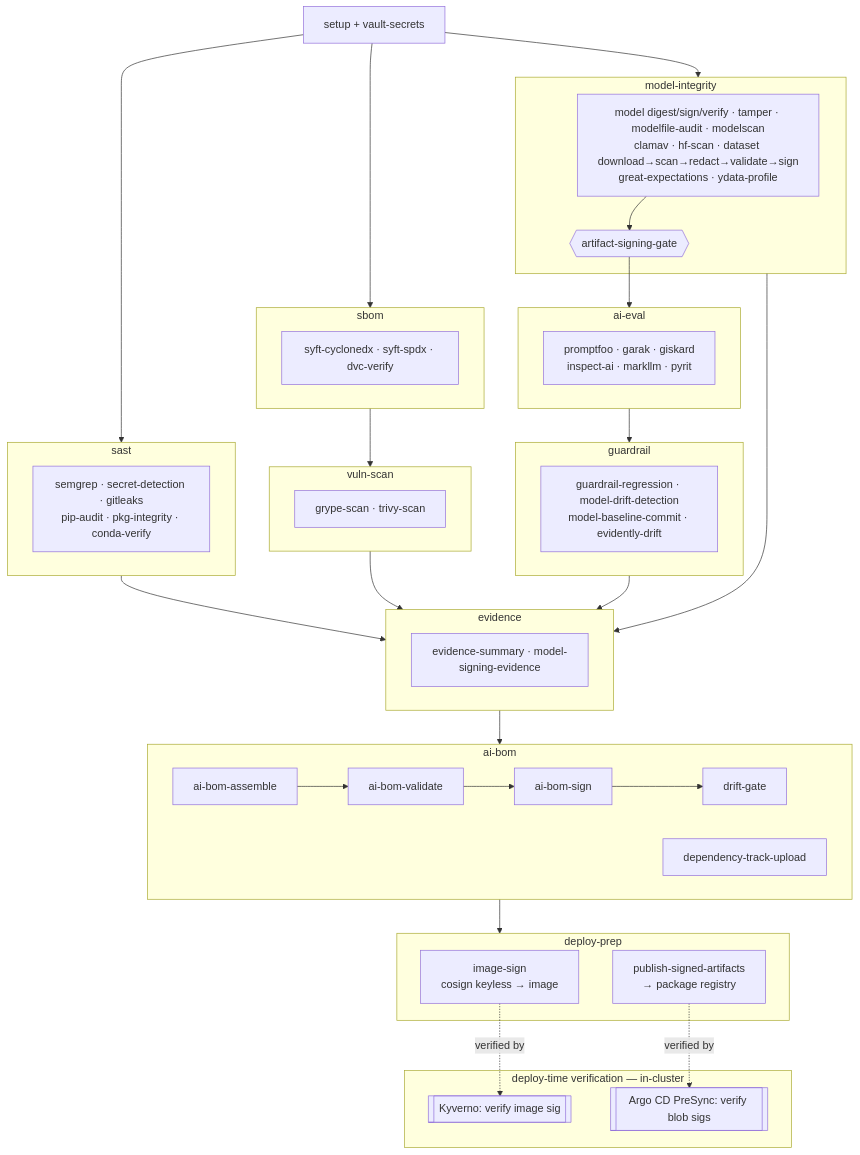
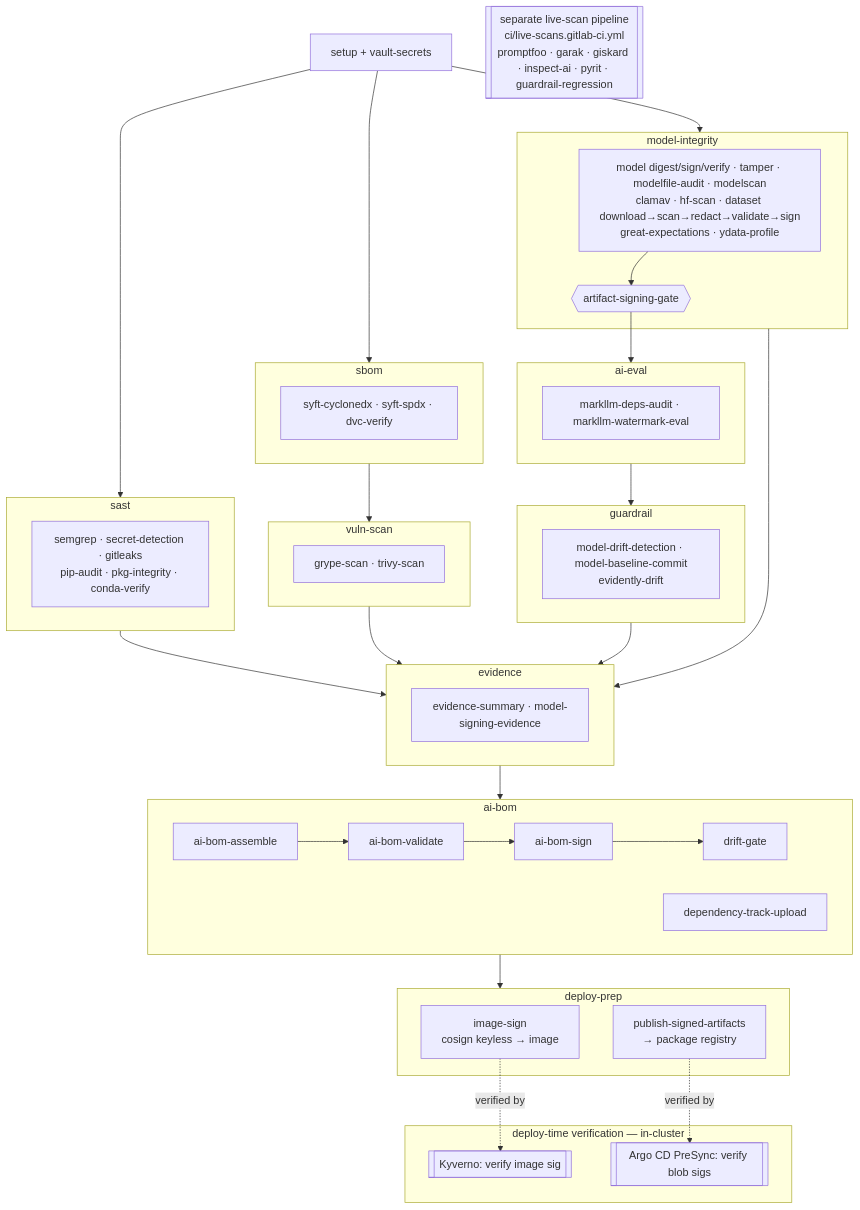
Before and after one commit to Nate-Carroll-Cyber/mlsecdevops-pipeline-example: the diagram in docs/gaips-materials/ci/SBOM.md, drawn with Mermaid. The commit also changed other lines of this file and 9 other files, not shown here.

First line of the commit message:
docs: reflect the live-scan pipeline split across all GAIPS tech docs

````diff
--- a/docs/gaips-materials/ci/SBOM.md
+++ b/docs/gaips-materials/ci/SBOM.md
@@ -18,47 +18,48 @@
 ```mermaid
 flowchart TD
     setup[setup + vault-secrets]
     subgraph SAST [sast]
       s1[semgrep · secret-detection · gitleaks<br/>pip-audit · pkg-integrity · conda-verify]
     end
     subgraph SBOM [sbom]
       s2[syft-cyclonedx · syft-spdx · dvc-verify]
     end
     subgraph VULN [vuln-scan]
       s3[grype-scan · trivy-scan]
     end
     subgraph MI [model-integrity]
       s4[model digest/sign/verify · tamper · modelfile-audit · modelscan<br/>clamav · hf-scan · dataset download→scan→redact→validate→sign<br/>great-expectations · ydata-profile]
       g{{artifact-signing-gate}}
       s4 --> g
     end
     subgraph EVAL [ai-eval]
-      s5[promptfoo · garak · giskard<br/>inspect-ai · markllm · pyrit]
+      s5[markllm-deps-audit · markllm-watermark-eval]
     end
     subgraph GUARD [guardrail]
-      s6[guardrail-regression · model-drift-detection<br/>model-baseline-commit · evidently-drift]
+      s6[model-drift-detection · model-baseline-commit<br/>evidently-drift]
     end
+    s_live[[separate live-scan pipeline<br/>ci/live-scans.gitlab-ci.yml<br/>promptfoo · garak · giskard · inspect-ai · pyrit · guardrail-regression]]
     subgraph EVID [evidence]
       s7[evidence-summary · model-signing-evidence]
     end
     subgraph AIBOM [ai-bom]
       a1[ai-bom-assemble] --> a2[ai-bom-validate] --> a3[ai-bom-sign] --> a4[drift-gate]
       a5[dependency-track-upload]
     end
     subgraph DEPLOY [deploy-prep]
       d1[image-sign<br/>cosign keyless → image]
       d2[publish-signed-artifacts<br/>→ package registry]
     end
     subgraph VERIFY [deploy-time verification — in-cluster]
       v1[[Kyverno: verify image sig]]
       v2[[Argo CD PreSync: verify blob sigs]]
     end
 
     setup --> SAST & SBOM & MI
     SBOM --> VULN
     g --> EVAL --> GUARD
     SAST & VULN & GUARD & MI --> EVID
     EVID --> AIBOM --> DEPLOY
     d1 -. "verified by" .-> v1
     d2 -. "verified by" .-> v2
 ```
````
